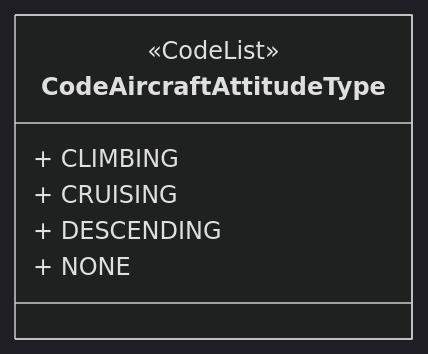
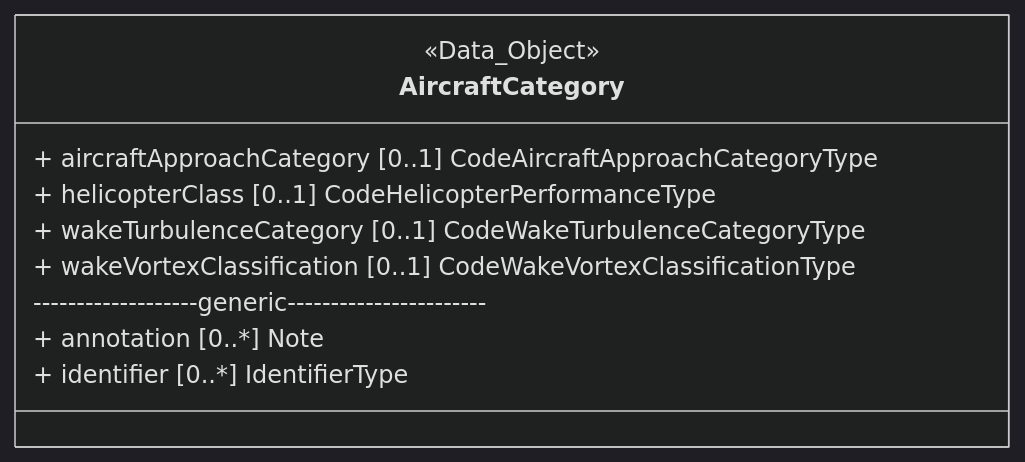
One commit to hlepori/testAIRM changed the sixth of 46 diagrams in README.md. Above: the diagram before and after it, drawn with Mermaid (dark theme). The commit also changed other lines of this file, not shown here.

````diff
--- a/README.md
+++ b/README.md
@@ -322,10 +243,13 @@
 ```mermaid	
 classDiagram	
-class CodeAircraftAttitudeType	
-<<CodeList>> CodeAircraftAttitudeType	
-link CodeAircraftAttitudeType "https://airm.aero/developers/advanced-search/1.0.0/CodeAircraftAttitudeType?model=LogicalModel" "Go to definition"	
-CodeAircraftAttitudeType : + CLIMBING	
-CodeAircraftAttitudeType : + CRUISING	
-CodeAircraftAttitudeType : + DESCENDING	
-CodeAircraftAttitudeType : + NONE	
+class AircraftCategory	
+<<Data_Object>> AircraftCategory	
+link AircraftCategory "https://airm.aero/developers/advanced-search/1.0.0/AircraftCategory?model=LogicalModel" "Go to definition"	
+AircraftCategory : + aircraftApproachCategory [0..1] CodeAircraftApproachCategoryType	
+AircraftCategory : + helicopterClass [0..1] CodeHelicopterPerformanceType	
+AircraftCategory : + wakeTurbulenceCategory [0..1] CodeWakeTurbulenceCategoryType	
+AircraftCategory : + wakeVortexClassification [0..1] CodeWakeVortexClassificationType	
+AircraftCategory: -------------------generic-----------------------	
+AircraftCategory : + annotation [0..*] Note	
+AircraftCategory : + identifier [0..*] IdentifierType	
 ```	
````
